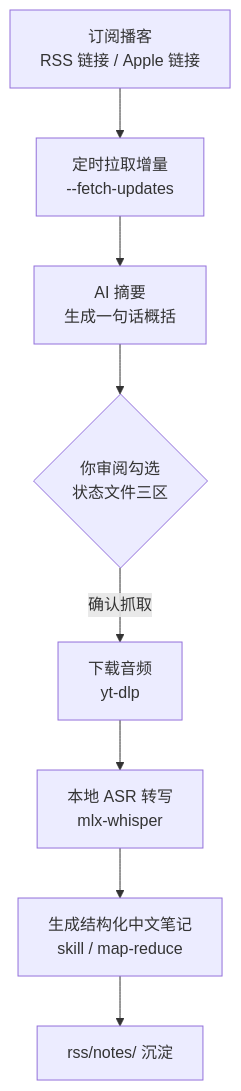
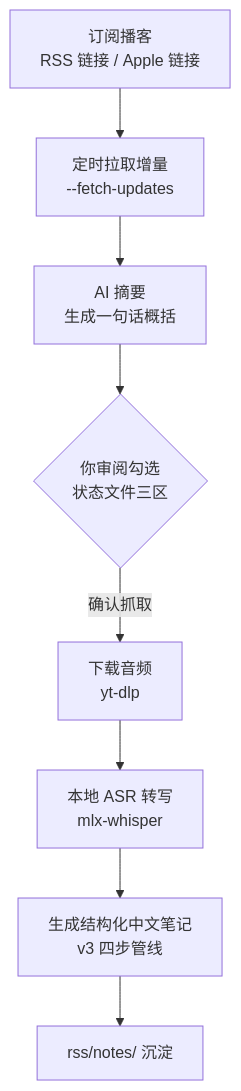
One commit to Henry-yuan/rss-grab-skill changed the diagram in README.md. Above: the diagram before and after it, drawn with Mermaid. The commit also changed other lines of this file and 1 other file, not shown here.

````diff
--- a/README.md
+++ b/README.md
@@ -18,10 +18,10 @@
 ```mermaid
 flowchart TB
     A[订阅播客<br/>RSS 链接 / Apple 链接] --> B[定时拉取增量<br/>--fetch-updates]
     B --> C[AI 摘要<br/>生成一句话概括]
     C --> D{你审阅勾选<br/>状态文件三区}
     D -->|确认抓取| E[下载音频<br/>yt-dlp]
     E --> F[本地 ASR 转写<br/>mlx-whisper]
-    F --> G[生成结构化中文笔记<br/>skill / map-reduce]
+    F --> G[生成结构化中文笔记<br/>v3 四步管线]
     G --> H[rss/notes/ 沉淀]
 ```
````
